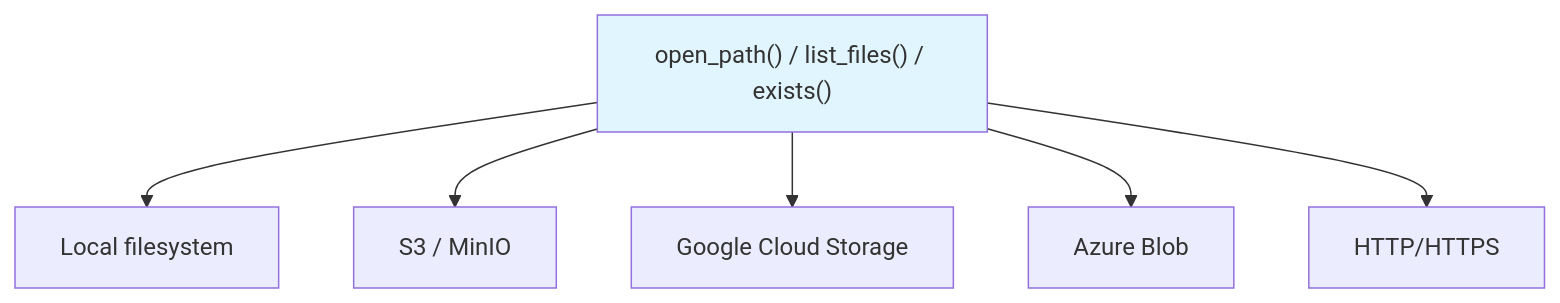
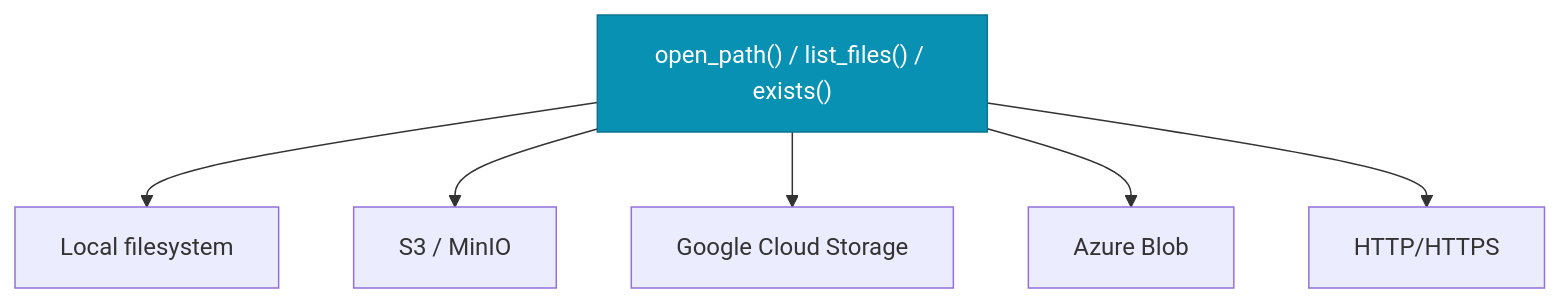
One commit to rubencr14/molfun changed the second of 2 diagrams in docs/architecture/data-pipeline.md. Above: the diagram before and after it, drawn with Mermaid. The commit also changed 5 other files, not shown here.

````diff
--- a/docs/architecture/data-pipeline.md
+++ b/docs/architecture/data-pipeline.md
@@ -206,12 +206,12 @@
 ```mermaid
 flowchart TB
     API["open_path() / list_files() / exists()"]
 
     API --> Local["Local filesystem"]
     API --> S3["S3 / MinIO"]
     API --> GCS["Google Cloud Storage"]
     API --> Azure["Azure Blob"]
     API --> HTTP["HTTP/HTTPS"]
 
-    style API fill:#e1f5fe
+    style API fill:#0891b2,stroke:#0e7490,color:#ffffff
 ```
````
